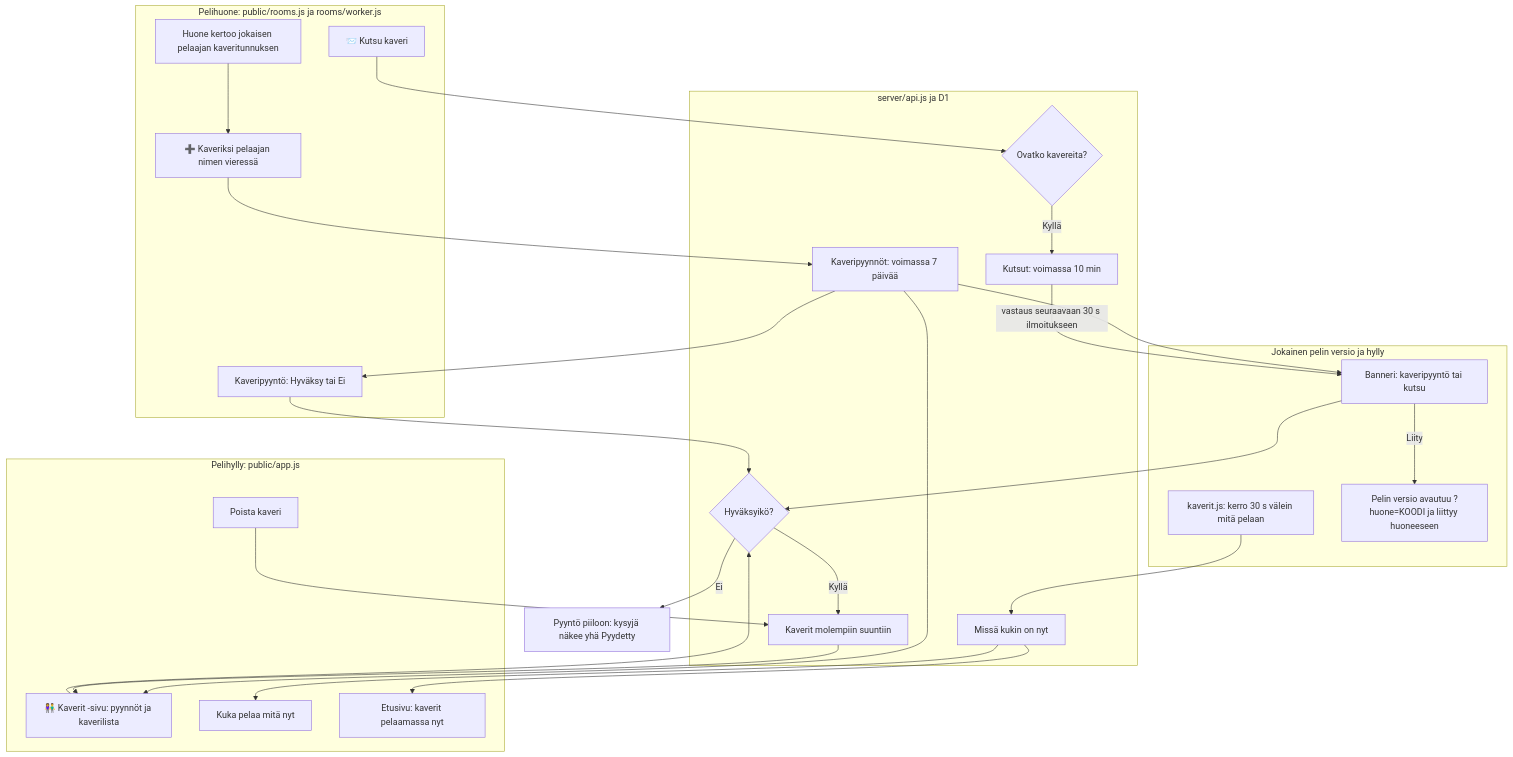
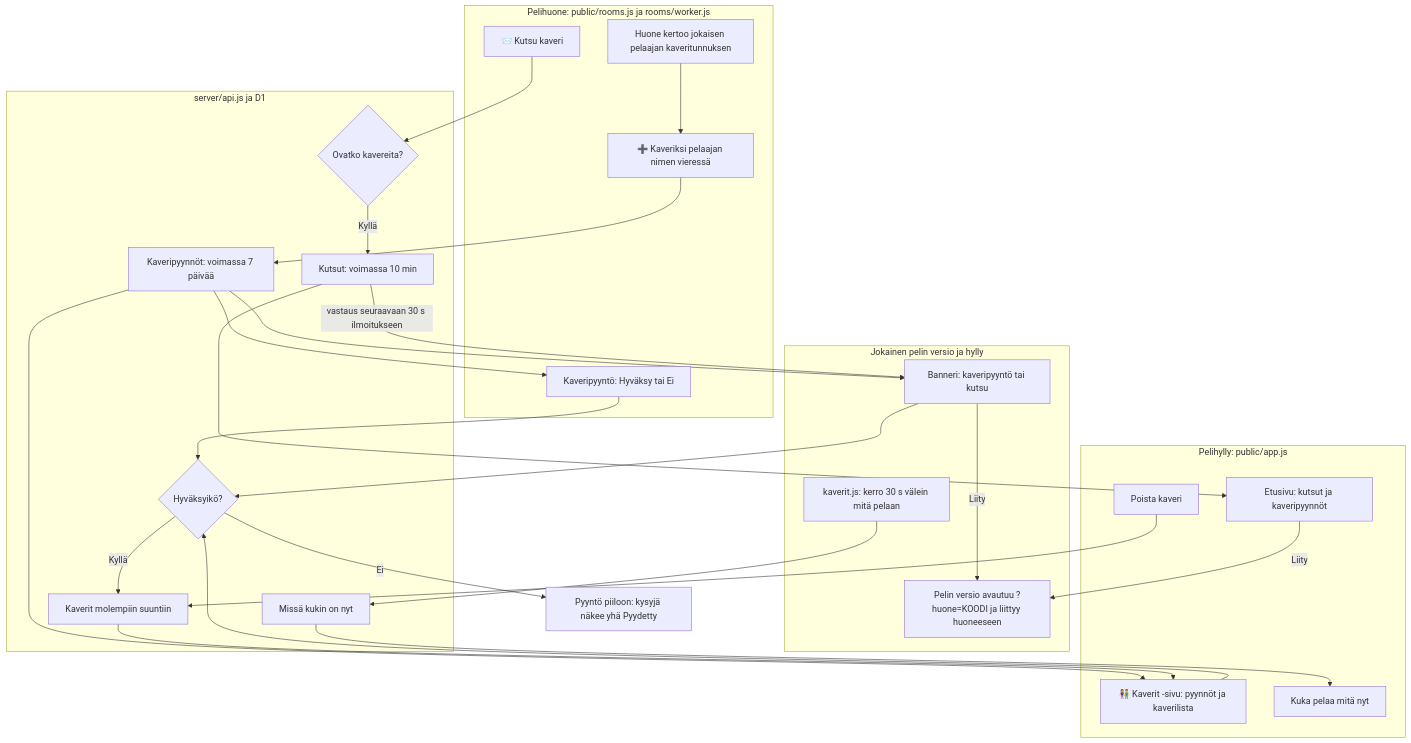
Before and after one commit to eerovil/ai-pelit: the diagram in docs/diagrams/kaverit.md, drawn with Mermaid. The commit also changed other lines of this file and 15 other files, not shown here.

````diff
--- a/docs/diagrams/kaverit.md
+++ b/docs/diagrams/kaverit.md
@@ -9,52 +9,53 @@
 ```mermaid
 flowchart TD
   subgraph Huone[Pelihuone: public/rooms.js ja rooms/worker.js]
     R0[Huone kertoo jokaisen pelaajan kaveritunnuksen]
     R1[➕ Kaveriksi pelaajan nimen vieressä]
     R3[Kaveripyyntö: Hyväksy tai Ei]
     R4[📨 Kutsu kaveri]
   end
   subgraph Peli[Jokainen pelin versio ja hylly]
     B1[kaverit.js: kerro 30 s välein mitä pelaan]
     B2[Banneri: kaveripyyntö tai kutsu]
     R2[Pelin versio avautuu ?huone=KOODI ja liittyy huoneeseen]
   end
   subgraph Hylly[Pelihylly: public/app.js]
     H1[👫 Kaverit -sivu: pyynnöt ja kaverilista]
     H6[Kuka pelaa mitä nyt]
-    H7[Etusivu: kaverit pelaamassa nyt]
+    H7[Etusivu: kutsut ja kaveripyynnöt]
     H8[Poista kaveri]
   end
   subgraph Palvelin[server/api.js ja D1]
     S1[Kaveripyynnöt: voimassa 7 päivää]
     S2{Hyväksyikö?}
     S3[Kaverit molempiin suuntiin]
     S4[Missä kukin on nyt]
     S5{Ovatko kavereita?}
     S6[Kutsut: voimassa 10 min]
   end
   R0 --> R1
   R1 --> S1
   S1 --> R3
   S1 --> B2
   S1 --> H1
   R3 --> S2
   H1 --> S2
   B2 --> S2
   S2 -- Kyllä --> S3
   S2 -- Ei --> S9[Pyyntö piiloon: kysyjä näkee yhä Pyydetty]
   H8 --> S3
   B1 --> S4
   S3 --> H1
   S4 --> H6
-  S4 --> H7
+  S6 --> H7
   R4 --> S5
   S5 -- Kyllä --> S6
   S6 -- vastaus seuraavaan 30 s ilmoitukseen --> B2
   B2 -- Liity --> R2
+  H7 -- Liity --> R2
 
   class R1,R3,H8,S2 amber
-  class B1,S4,H6,H7 teal
-  class R4,S5,S6,B2,R2 violet
+  class B1,S4,H6 teal
+  class R4,S5,S6,B2,R2,H7 violet
   class R0,S1,S3,H1,S9 blue
 ```
````
